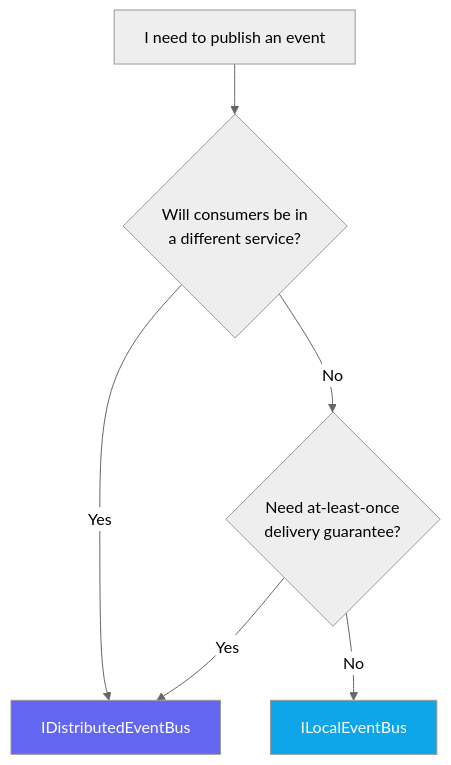
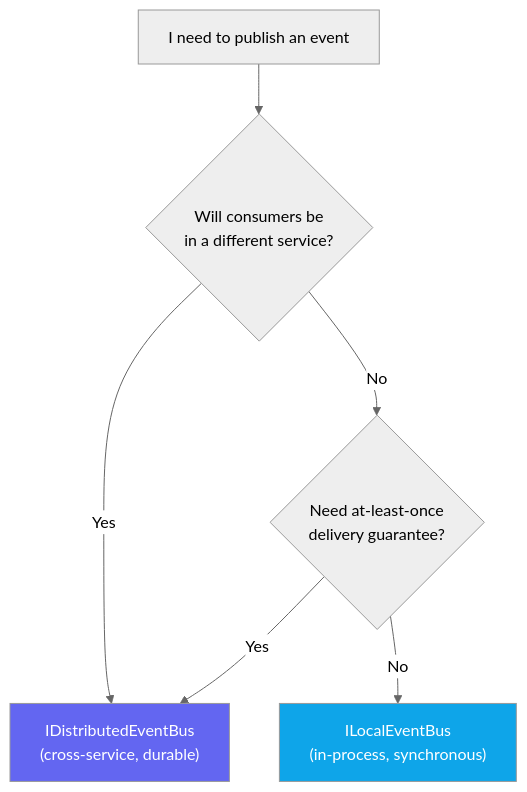
The first of 3 diagrams in docs-site/src/content/docs/dotnet/infrastructure/event-bus.mdx (granit-fx/granit-dotnet), drawn with Mermaid (neutral theme) before and after one commit. The commit also changed other lines of this file, not shown here.

First line of the commit message:
docs: comprehensive event bus documentation rewrite (#322)

````diff
--- a/docs-site/src/content/docs/dotnet/infrastructure/event-bus.mdx
+++ b/docs-site/src/content/docs/dotnet/infrastructure/event-bus.mdx
@@ -32,11 +41,11 @@
 ```mermaid
 flowchart TD
-    A[I need to publish an event] --> B{Will consumers be in\na different service?}
-    B -- Yes --> D[IDistributedEventBus]
+    A[I need to publish an event] --> B{Will consumers be\nin a different service?}
+    B -- Yes --> D["IDistributedEventBus\n(cross-service, durable)"]
     B -- No --> C{Need at-least-once\ndelivery guarantee?}
     C -- Yes --> D
-    C -- No --> E[ILocalEventBus]
+    C -- No --> E["ILocalEventBus\n(in-process, synchronous)"]
 
     style D fill:#6366f1,color:#fff
     style E fill:#0ea5e9,color:#fff
 ```
````
